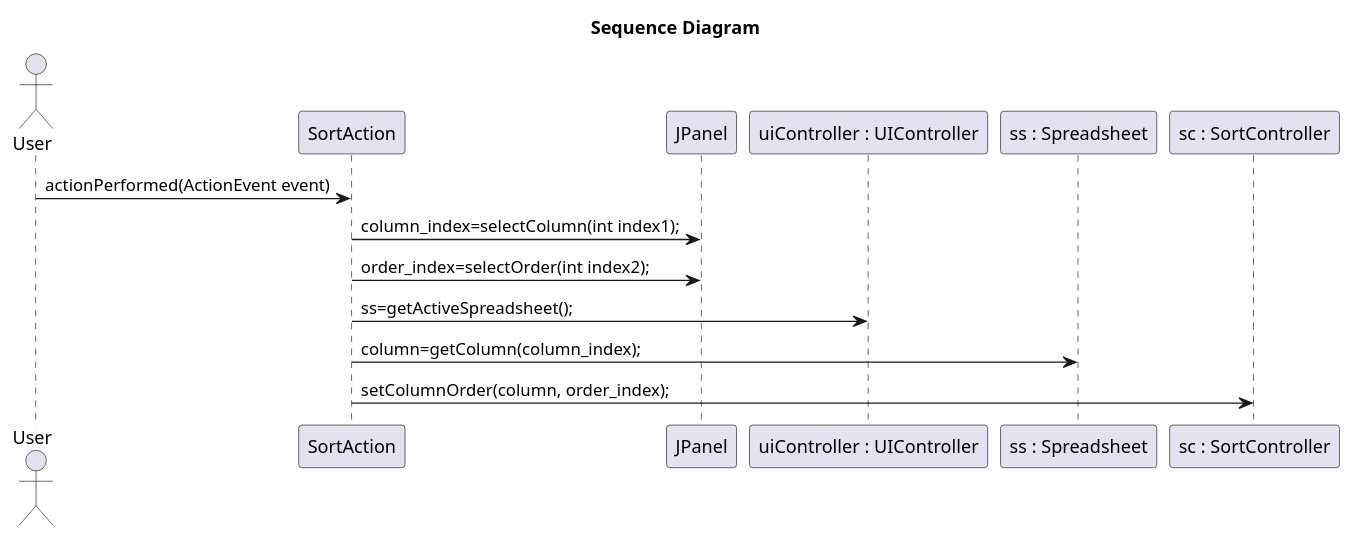
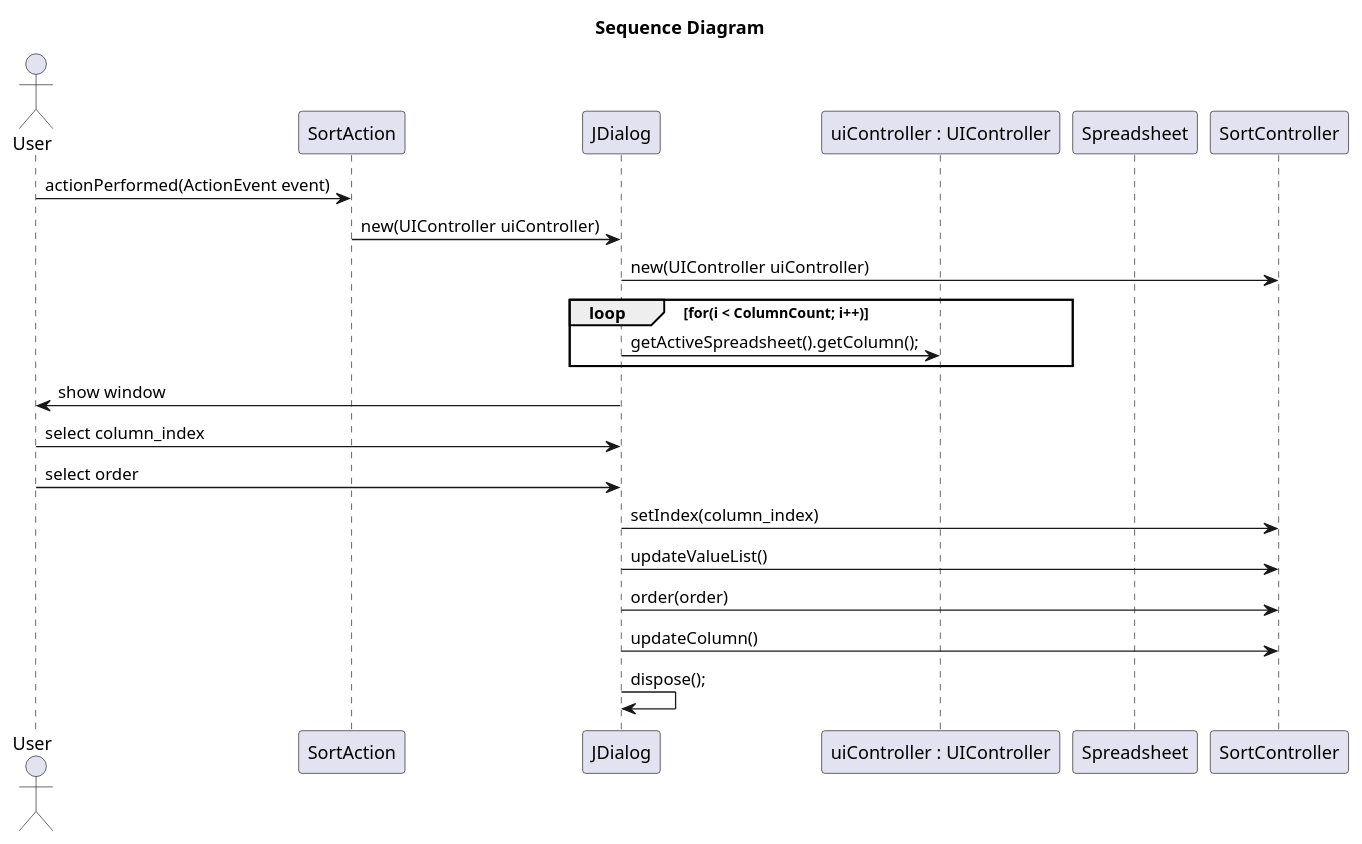
The diagram in src/main/java/csheets/worklog/n1130383/sprint2/sort_extension_5.puml (RubenTeixeira/cleansheets_isep_2dg_2016), drawn with PlantUML before and after one commit. The commit also changed 9 other files, not shown here.

```diff
--- a/src/main/java/csheets/worklog/n1130383/sprint2/sort_extension_5.puml
+++ b/src/main/java/csheets/worklog/n1130383/sprint2/sort_extension_5.puml
@@ -1,17 +1,25 @@
   @startuml doc-files/sort_extension_5.png
 title: Sequence Diagram
   actor User
   participant SortAction as SA
-  participant JPanel as JPanel
+  participant JDialog as jd
   participant "uiController : UIController" as UIC
-  participant "ss : Spreadsheet" as SS
-  participant "sc : SortController" as SC
+  participant  Spreadsheet as SS
+  participant  SortController as SC
 
   User -> SA : actionPerformed(ActionEvent event)
-  SA -> JPanel : column_index=selectColumn(int index1);
-  SA -> JPanel : order_index=selectOrder(int index2);
+	SA-> jd : new(UIController uiController)
+jd -> SC : new(UIController uiController)
+ loop for(i < ColumnCount; i++)
+jd -> UIC :  getActiveSpreadsheet().getColumn();
+end
+User <- jd : show window
+User-> jd : select column_index
+User -> jd : select order
+  jd -> SC : setIndex(column_index)
+  jd -> SC : updateValueList()
+  jd -> SC : order(order)
+  jd -> SC : updateColumn()
 
-    SA -> UIC : ss=getActiveSpreadsheet();
-	SA -> SS : column=getColumn(column_index);
-	SA -> SC : setColumnOrder(column, order_index);
+  jd -> jd: dispose();
   @enduml
```
